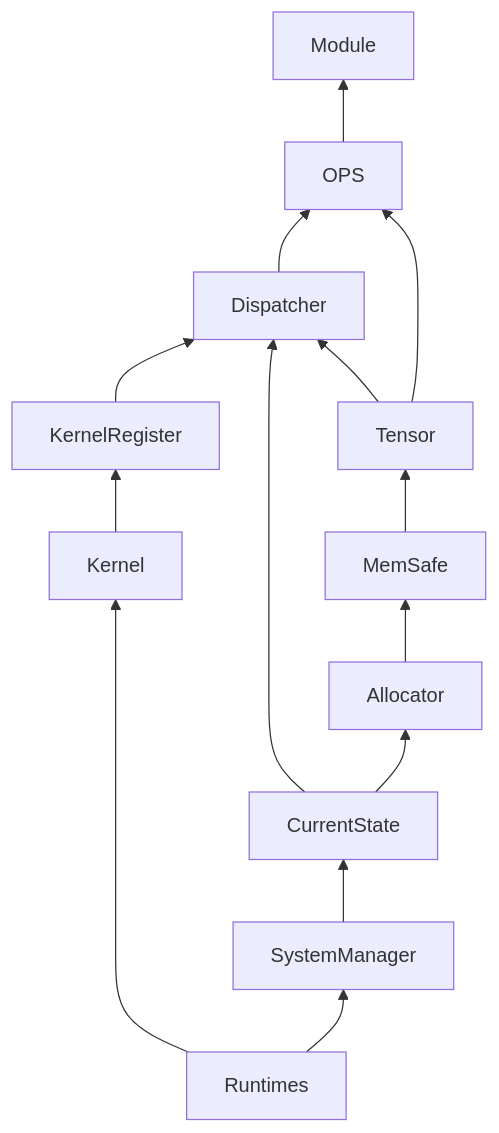
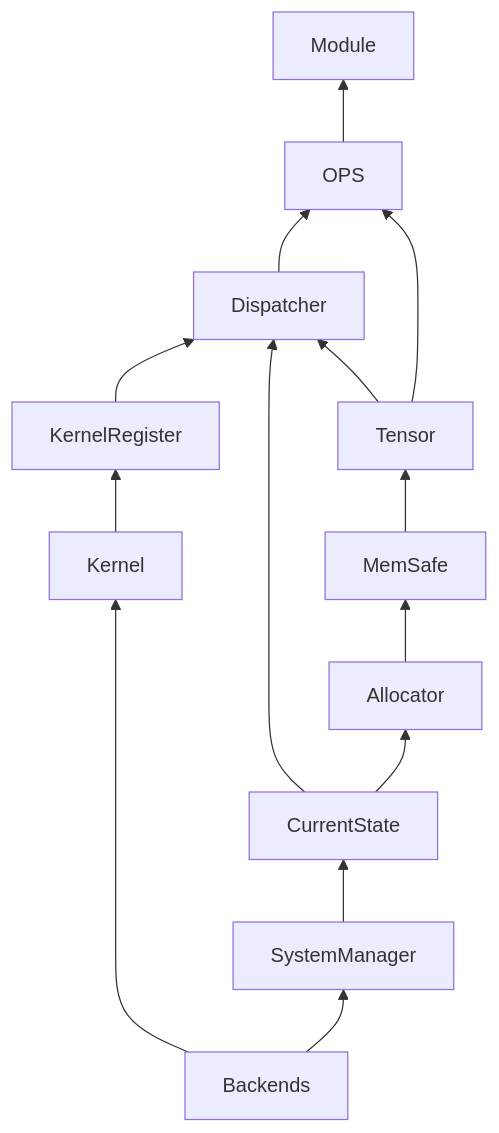
The third of 3 diagrams in docs/developer/design.md (ishidatakumi/orteaf), drawn with Mermaid before and after one commit. The commit also changed other lines of this file and 11 other files, not shown here.

````diff
--- a/docs/developer/design.md
+++ b/docs/developer/design.md
@@ -101,19 +101,19 @@
 ```mermaid
 graph BT
 
-    Runtimes --> SystemManager
+    Backends --> SystemManager
     SystemManager --> CurrentState
     CurrentState --> Allocator
     Allocator --> MemSafe
     MemSafe --> Tensor
 
-    Runtimes --> Kernel
+    Backends --> Kernel
     Kernel --> KernelRegister
     KernelRegister --> Dispatcher
     Dispatcher --> OPS
 
     CurrentState --> Dispatcher
     Tensor --> Dispatcher
     Tensor --> OPS
     OPS --> Module
 ```
````
